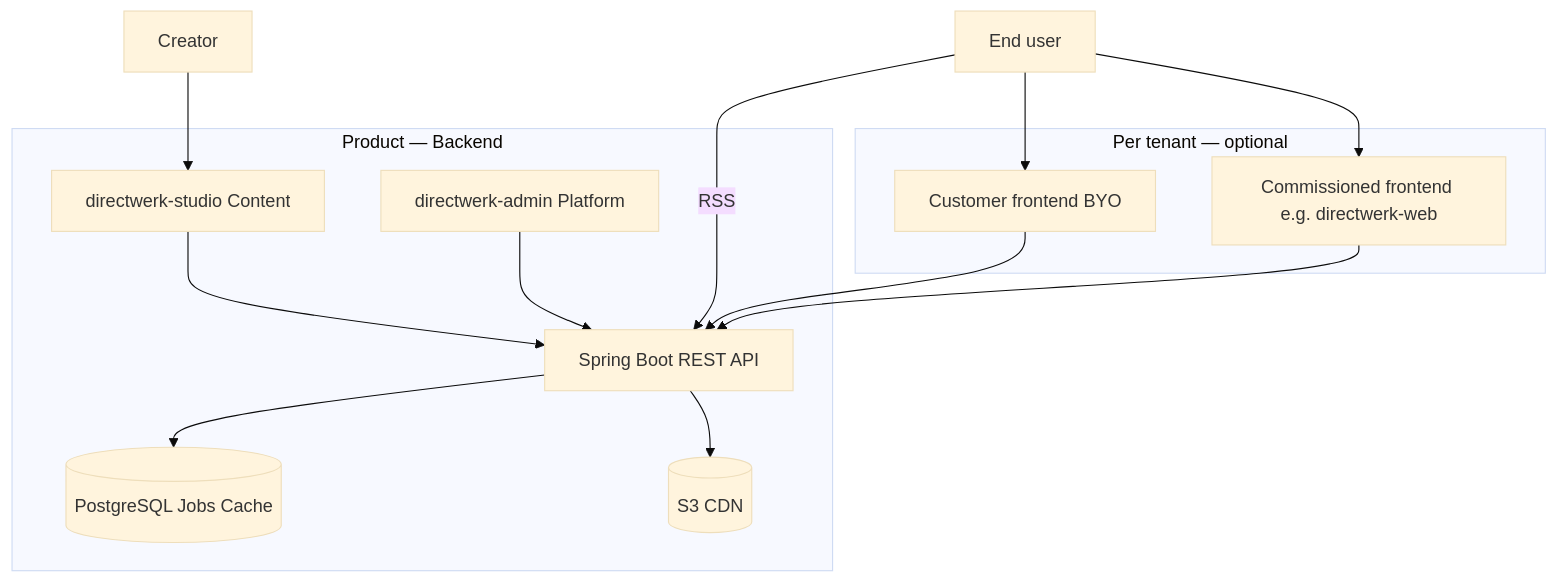
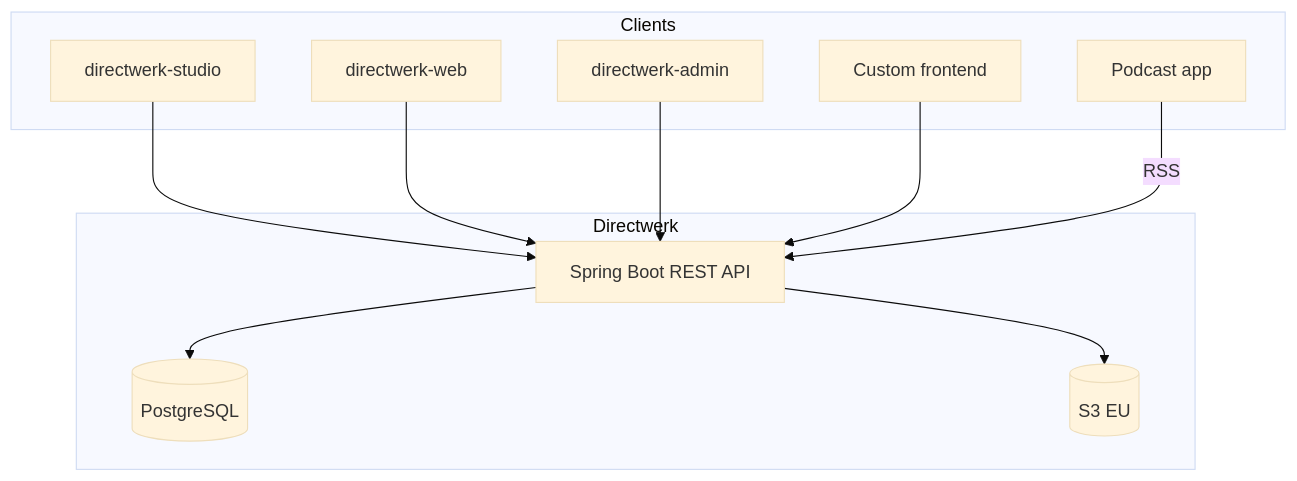
One commit to LucaNerlich/directwerk changed the diagram in README.md. Above: the diagram before and after it, drawn with Mermaid (base theme). The commit also changed other lines of this file and 21 other files, not shown here.

````diff
--- a/README.md
+++ b/README.md
@@ -194,26 +101,24 @@
 ```mermaid
 flowchart TB
-    subgraph backend [Product — Backend]
-        API[Spring Boot REST API]
-        Studio[directwerk-studio Content]
-        Admin[directwerk-admin Platform]
-        Infra[(PostgreSQL Jobs Cache)]
-        S3[(S3 CDN)]
-        API --> Infra
-        API --> S3
-        Studio --> API
-        Admin --> API
+    subgraph clients [Clients]
+        Studio[directwerk-studio]
+        Web[directwerk-web]
+        Admin[directwerk-admin]
+        BYO[Custom frontend]
+        Podcatcher[Podcast app]
     end
 
-    subgraph frontends [Per tenant — optional]
-        CustomFE[Customer frontend BYO]
-        Commission[Commissioned frontend e.g. directwerk-web]
+    subgraph platform [Directwerk]
+        API[Spring Boot REST API]
+        PG[(PostgreSQL)]
+        S3[(S3 EU)]
+        API --> PG
+        API --> S3
     end
 
-    Creator[Creator] --> Studio
-    EndUser[End user] --> CustomFE
-    EndUser --> Commission
-    EndUser -->|RSS| API
-    CustomFE --> API
-    Commission --> API
+    Studio --> API
+    Web --> API
+    Admin --> API
+    BYO --> API
+    Podcatcher -->|RSS| API
 ```
````
